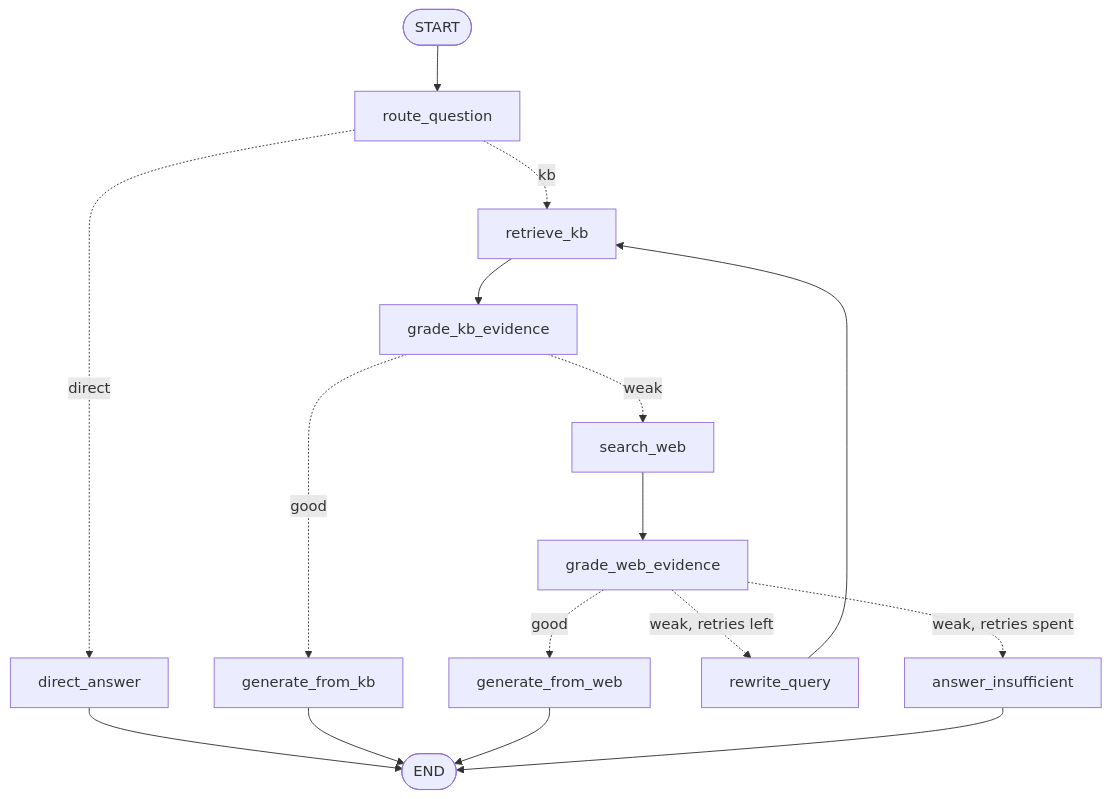
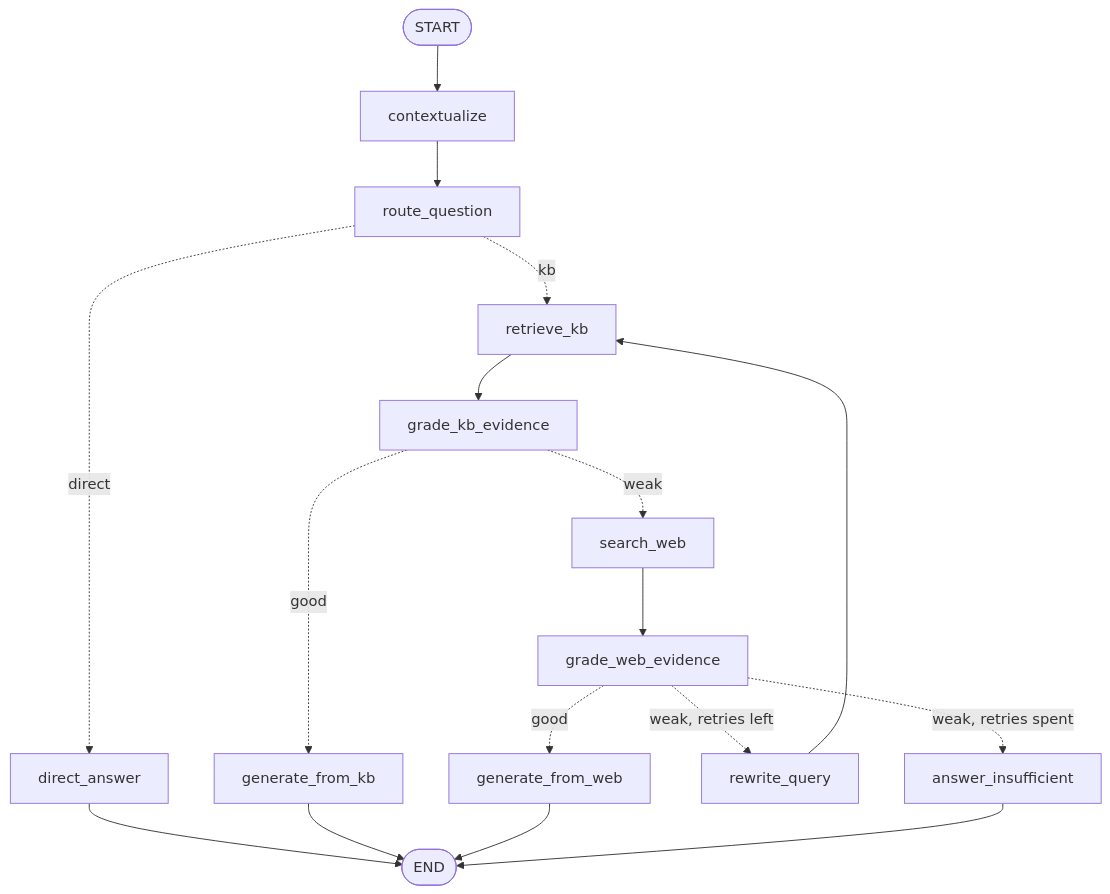
Before and after one commit to vishalgwu/Enterprise-HR-Policy-And-Employee-Support-Agentic-Rag-Copilot: the diagram in README.md, drawn with Mermaid. The commit also changed other lines of this file and 15 other files, not shown here.

````diff
--- a/README.md
+++ b/README.md
@@ -53,18 +53,19 @@
 ```mermaid
 graph TD
-    S([START]) --> route[route_question]
+    S([START]) --> ctx[contextualize]
+    ctx --> route[route_question]
     route -. "direct" .-> direct[direct_answer]
     route -. "kb" .-> retrieve[retrieve_kb]
     retrieve --> gradekb[grade_kb_evidence]
     gradekb -. "good" .-> genkb[generate_from_kb]
     gradekb -. "weak" .-> web[search_web]
     web --> gradeweb[grade_web_evidence]
     gradeweb -. "good" .-> genweb[generate_from_web]
     gradeweb -. "weak, retries left" .-> rewrite[rewrite_query]
     gradeweb -. "weak, retries spent" .-> insufficient[answer_insufficient]
     rewrite --> retrieve
     direct --> E([END])
     genkb --> E
     genweb --> E
     insufficient --> E
 ```
````
